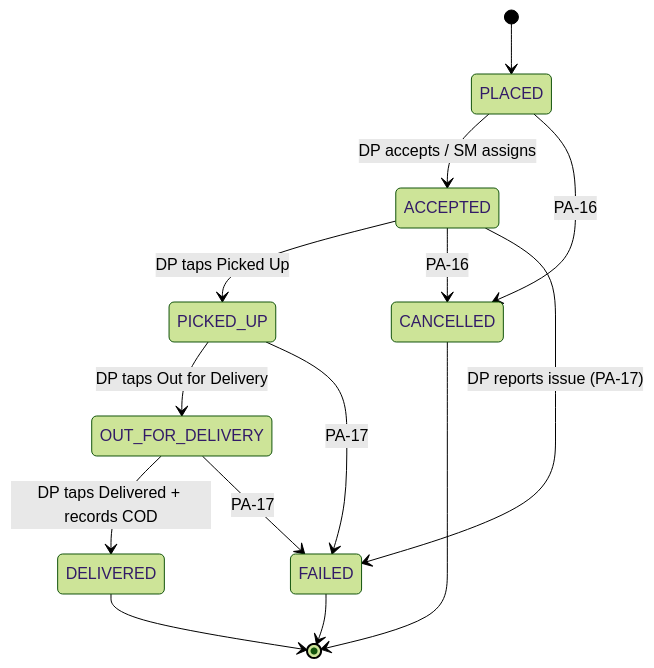
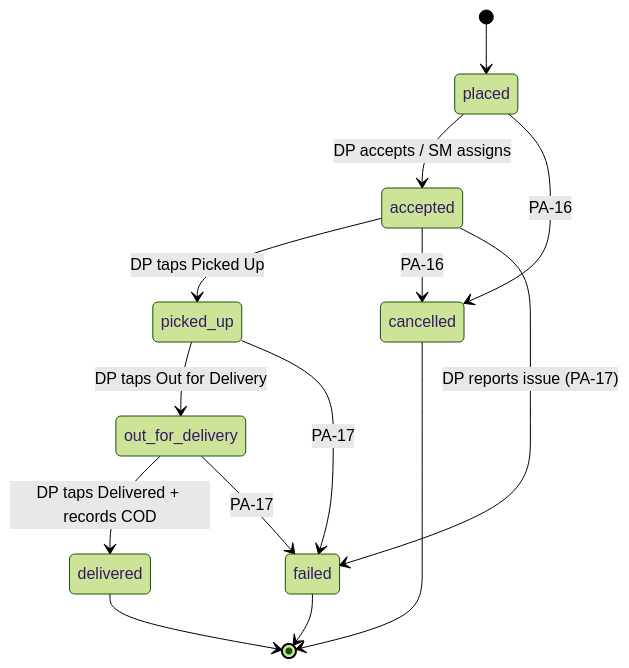
The fourth of 4 diagrams in docs/USER_FLOWS.md (flexirl/Ramukaka), drawn with Mermaid (forest theme) before and after one commit. The commit also changed other lines of this file and 12 other files, not shown here.

````diff
--- a/docs/USER_FLOWS.md
+++ b/docs/USER_FLOWS.md
@@ -97,16 +115,16 @@
 ```mermaid
 stateDiagram-v2
-  [*] --> PLACED
-  PLACED --> ACCEPTED: DP accepts / SM assigns
-  ACCEPTED --> PICKED_UP: DP taps Picked Up
-  PICKED_UP --> OUT_FOR_DELIVERY: DP taps Out for Delivery
-  OUT_FOR_DELIVERY --> DELIVERED: DP taps Delivered + records COD
-  PLACED --> CANCELLED: PA-16
-  ACCEPTED --> CANCELLED: PA-16
-  ACCEPTED --> FAILED: DP reports issue (PA-17)
-  PICKED_UP --> FAILED: PA-17
-  OUT_FOR_DELIVERY --> FAILED: PA-17
-  DELIVERED --> [*]
-  CANCELLED --> [*]
-  FAILED --> [*]
+  [*] --> placed
+  placed --> accepted: DP accepts / SM assigns
+  accepted --> picked_up: DP taps Picked Up
+  picked_up --> out_for_delivery: DP taps Out for Delivery
+  out_for_delivery --> delivered: DP taps Delivered + records COD
+  placed --> cancelled: PA-16
+  accepted --> cancelled: PA-16
+  accepted --> failed: DP reports issue (PA-17)
+  picked_up --> failed: PA-17
+  out_for_delivery --> failed: PA-17
+  delivered --> [*]
+  cancelled --> [*]
+  failed --> [*]
 ```
````
